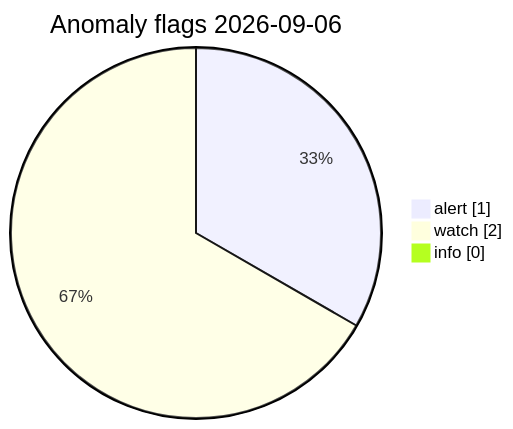
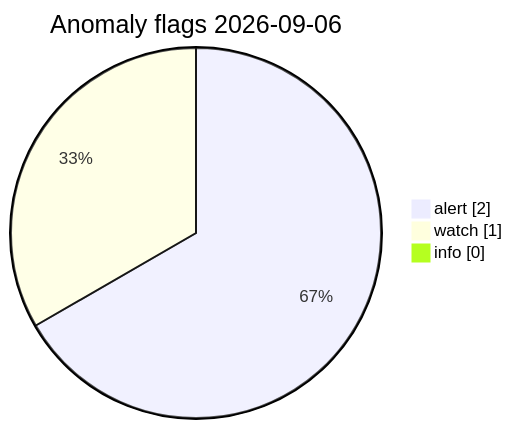
The diagram in visuals/latest/CHARTS.md (Midwest-Stratospheric/Unified-Open-Global-Weather), drawn with Mermaid before and after one commit. The commit also changed other lines of this file and 11 other files, not shown here.

Commit message:
data(visuals): automated charts 2026-09-06T13:02Z

````diff
--- a/visuals/latest/CHARTS.md
+++ b/visuals/latest/CHARTS.md
@@ -73,7 +73,7 @@
 ```mermaid
 pie showData
   title Anomaly flags 2026-09-06
-  "alert" : 1
-  "watch" : 2
+  "alert" : 2
+  "watch" : 1
   "info" : 0
 ```
````
